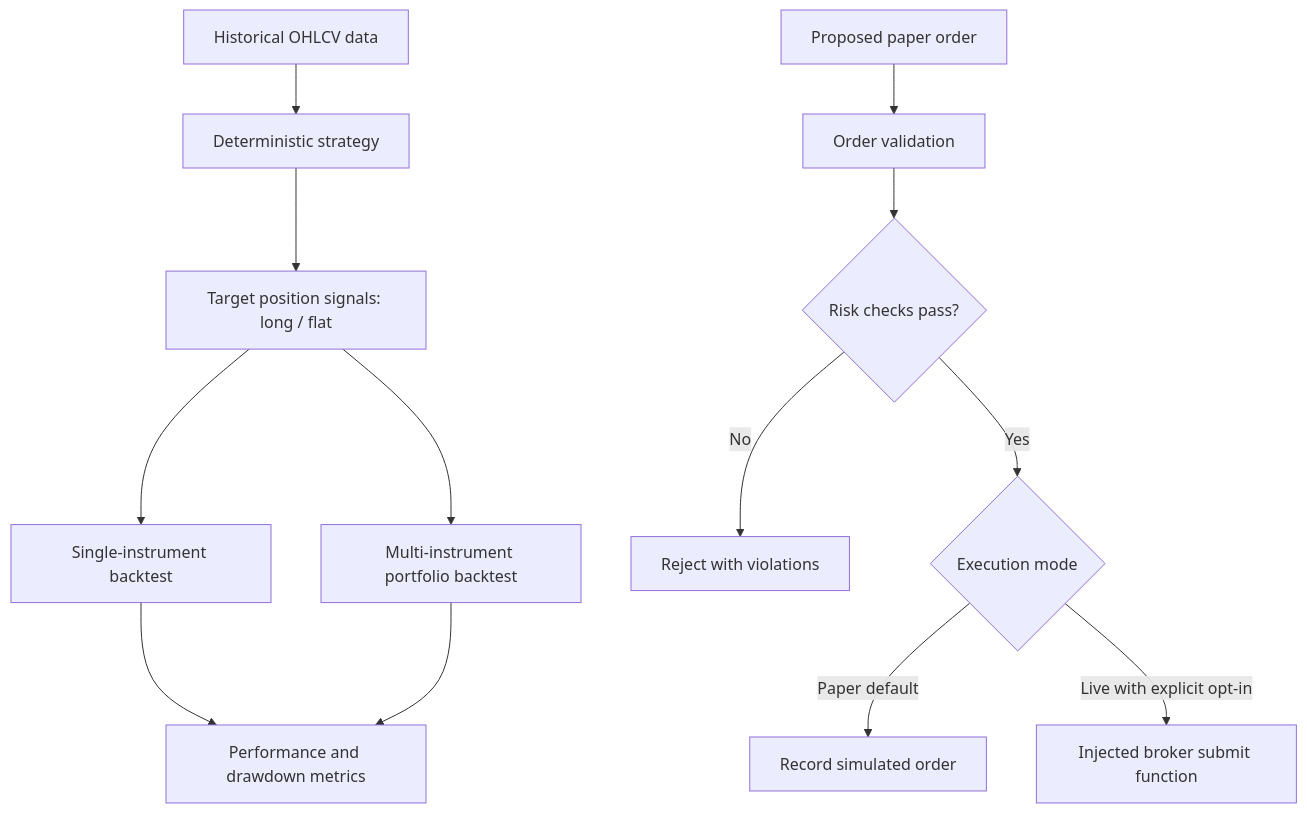
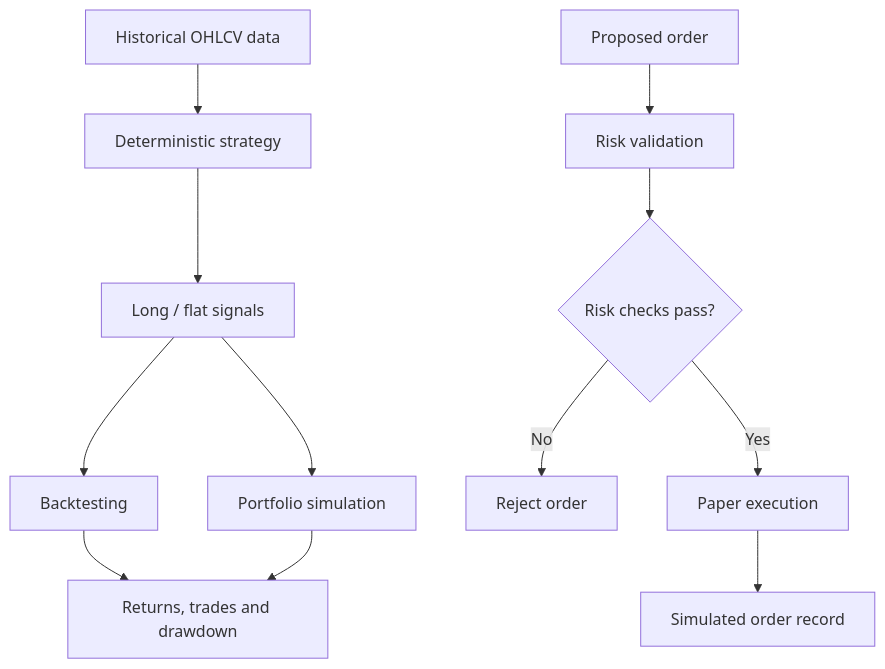
One commit to sarthakpande108/genai-trading-engine changed the second of 2 diagrams in README.md. Above: the diagram before and after it, drawn with Mermaid. The commit also changed other lines of this file, not shown here.

Commit message:
Simplify README and clarify GenAI and paper trading flows

````diff
--- a/README.md
+++ b/README.md
@@ -70,15 +41,14 @@
 ```mermaid
 flowchart TD
     A[Historical OHLCV data] --> B[Deterministic strategy]
-    B --> C[Target position signals: long / flat]
-    C --> D[Single-instrument backtest]
-    C --> E[Multi-instrument portfolio backtest]
-    D --> F[Performance and drawdown metrics]
+    B --> C[Long / flat signals]
+    C --> D[Backtesting]
+    C --> E[Portfolio simulation]
+    D --> F[Returns, trades and drawdown]
     E --> F
-    G[Proposed paper order] --> H[Order validation]
+    G[Proposed order] --> H[Risk validation]
     H --> I{Risk checks pass?}
-    I -- No --> J[Reject with violations]
-    I -- Yes --> K{Execution mode}
-    K -- Paper default --> L[Record simulated order]
-    K -- Live with explicit opt-in --> M[Injected broker submit function]
+    I -- No --> J[Reject order]
+    I -- Yes --> K[Paper execution]
+    K --> L[Simulated order record]
 ```
````
